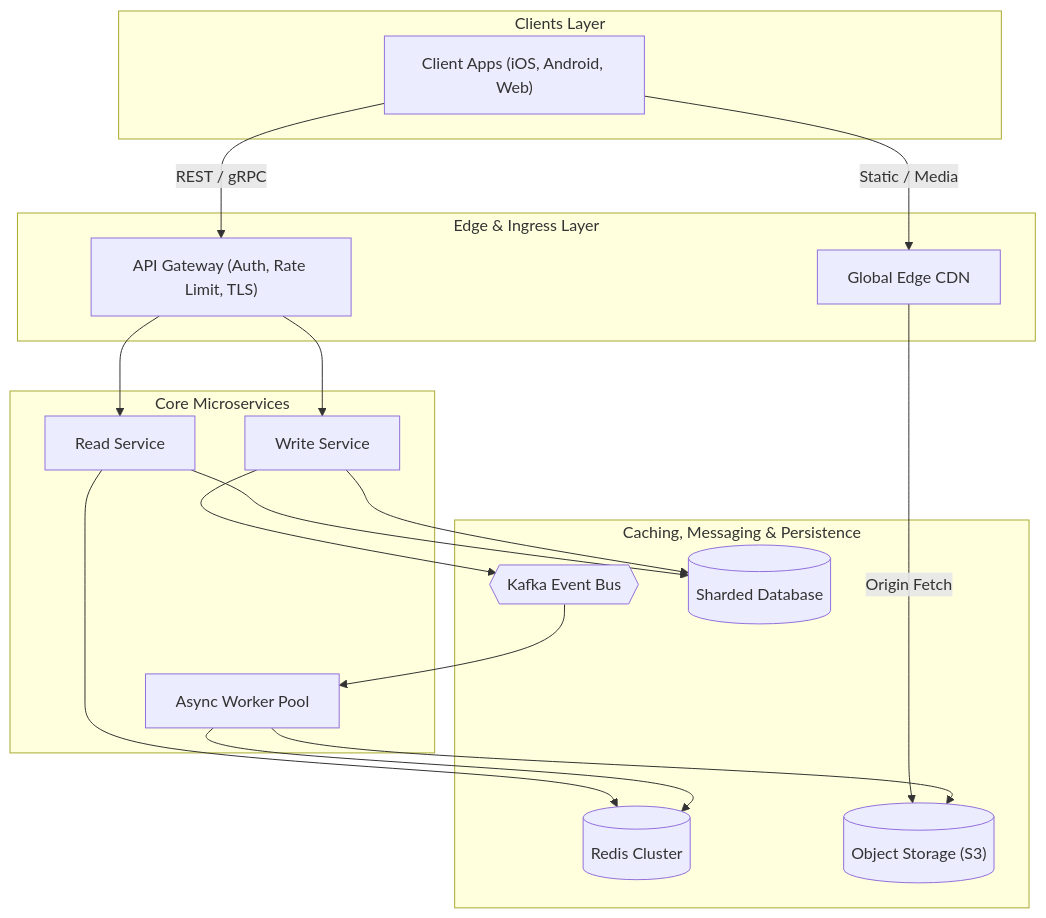
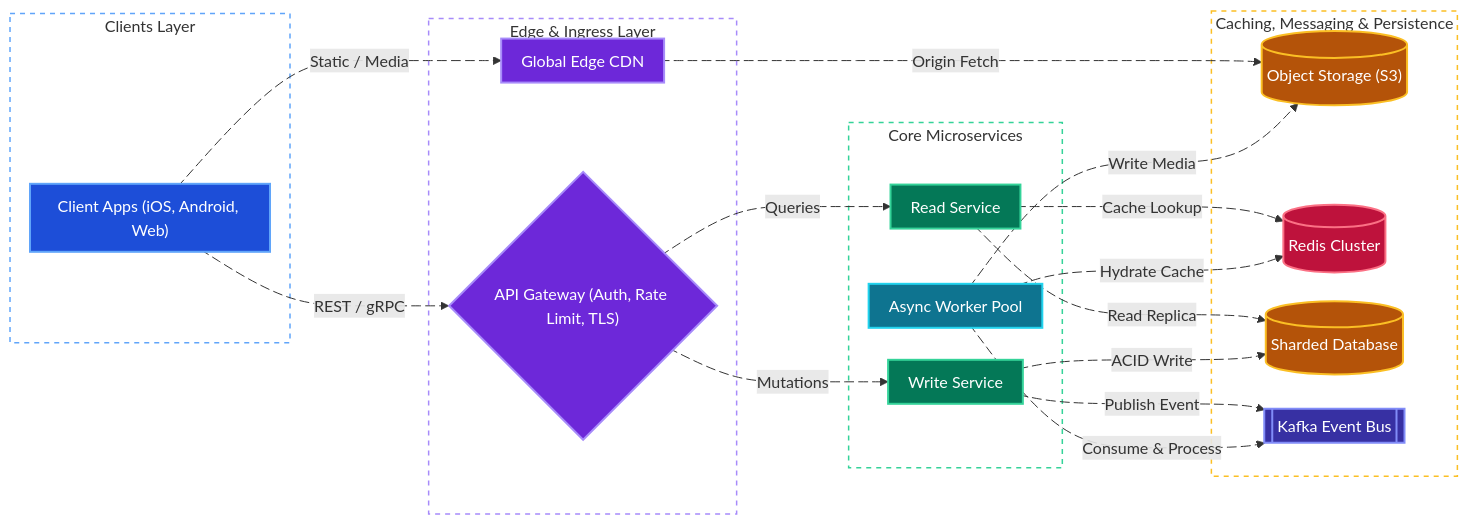
Before and after one commit to tarunbatta/tech-interview-prep: the third of 3 diagrams in scripts/template/template.md, drawn with Mermaid. The commit also changed other lines of this file and 30 other files, not shown here.

First line of the commit message:
docs(system-design): convert Mermaid flowcharts to LR with colors and animated edges

````diff
--- a/scripts/template/template.md
+++ b/scripts/template/template.md
@@ -48,33 +83,68 @@
 ```mermaid
-flowchart TD
+%%{init: {'flowchart': {'nodeSpacing': 20, 'rankSpacing': 40, 'padding': 10}}}%%
+flowchart LR
     subgraph Clients["Clients Layer"]
         Client["Client Apps (iOS, Android, Web)"]
     end
     subgraph Edge["Edge & Ingress Layer"]
         CDN["Global Edge CDN"]
-        Gateway["API Gateway (Auth, Rate Limit, TLS)"]
+        Gateway{"API Gateway (Auth, Rate Limit, TLS)"}
     end
     subgraph Services["Core Microservices"]
         ReadSvc["Read Service"]
         WriteSvc["Write Service"]
         Worker["Async Worker Pool"]
     end
     subgraph Storage["Caching, Messaging & Persistence"]
+        Blob[("Object Storage (S3)")]
         Redis[("Redis Cluster")]
-        Queue{{"Kafka Event Bus"}}
         PrimaryDB[("Sharded Database")]
-        Blob[("Object Storage (S3)")]
+        Queue[["Kafka Event Bus"]]
     end
-    Client -->|"Static / Media"| CDN
-    CDN -->|"Origin Fetch"| Blob
-    Client -->|"REST / gRPC"| Gateway
-    Gateway --> ReadSvc
-    Gateway --> WriteSvc
-    ReadSvc --> Redis
-    ReadSvc --> PrimaryDB
-    WriteSvc --> PrimaryDB
-    WriteSvc --> Queue
-    Queue --> Worker
-    Worker --> Redis
-    Worker --> Blob
+    Client e1@-->|"Static / Media"| CDN
+    CDN e2@-->|"Origin Fetch"| Blob
+    Client e3@-->|"REST / gRPC"| Gateway
+    Gateway e4@-->|"Queries"| ReadSvc
+    Gateway e5@-->|"Mutations"| WriteSvc
+    ReadSvc e6@-->|"Cache Lookup"| Redis
+    ReadSvc e7@-->|"Read Replica"| PrimaryDB
+    WriteSvc e8@-->|"ACID Write"| PrimaryDB
+    WriteSvc e9@-->|"Publish Event"| Queue
+    Worker e10@-->|"Consume & Process"| Queue
+    Worker e11@-->|"Hydrate Cache"| Redis
+    Worker e12@-->|"Write Media"| Blob
+
+    e1@{ animate: true }
+    e2@{ animate: true }
+    e3@{ animate: true }
+    e4@{ animate: true }
+    e5@{ animate: true }
+    e6@{ animate: true }
+    e7@{ animate: true }
+    e8@{ animate: true }
+    e9@{ animate: true }
+    e10@{ animate: true }
+    e11@{ animate: true }
+    e12@{ animate: true }
+
+    classDef client fill:#1d4ed8,stroke:#60a5fa,stroke-width:2px,color:#ffffff
+    classDef edge fill:#6d28d9,stroke:#a78bfa,stroke-width:2px,color:#ffffff
+    classDef service fill:#047857,stroke:#34d399,stroke-width:2px,color:#ffffff
+    classDef worker fill:#0e7490,stroke:#22d3ee,stroke-width:2px,color:#ffffff
+    classDef cache fill:#be123c,stroke:#fb7185,stroke-width:2px,color:#ffffff
+    classDef storage fill:#b45309,stroke:#fbbf24,stroke-width:2px,color:#ffffff
+    classDef queue fill:#3730a3,stroke:#818cf8,stroke-width:2px,color:#ffffff
+
+    class Client client
+    class CDN,Gateway edge
+    class ReadSvc,WriteSvc service
+    class Worker worker
+    class Redis cache
+    class PrimaryDB,Blob storage
+    class Queue queue
+
+    style Clients fill:transparent,stroke:#60a5fa,stroke-width:1.5px,stroke-dasharray: 5 5
+    style Edge fill:transparent,stroke:#a78bfa,stroke-width:1.5px,stroke-dasharray: 5 5
+    style Services fill:transparent,stroke:#34d399,stroke-width:1.5px,stroke-dasharray: 5 5
+    style Storage fill:transparent,stroke:#fbbf24,stroke-width:1.5px,stroke-dasharray: 5 5
 ```
````
